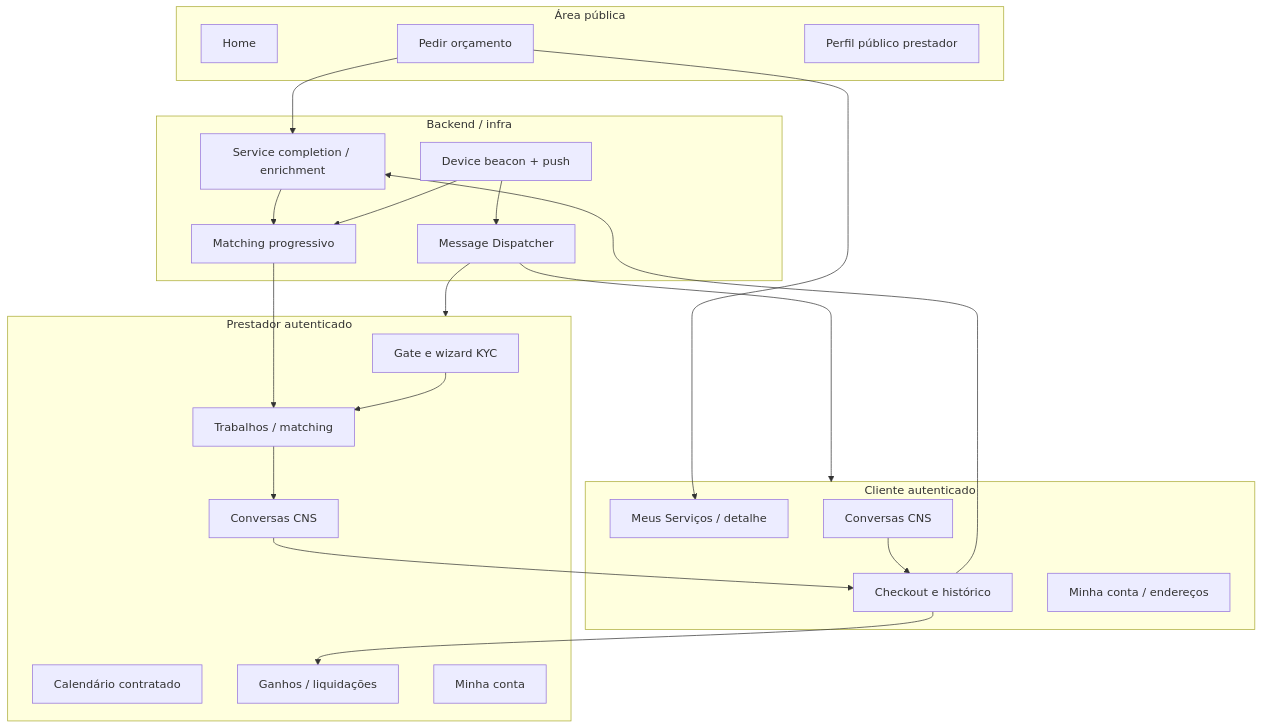
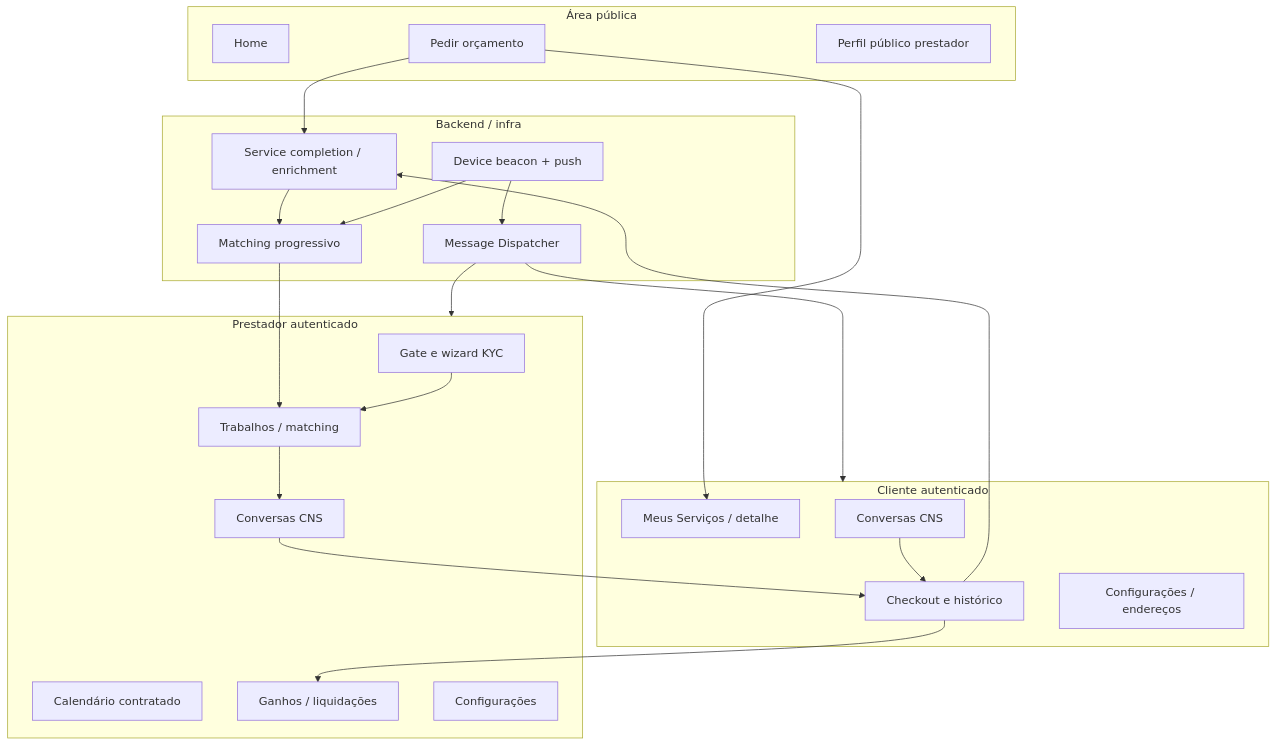
One commit to higorpo/renovi-orbit-test changed the diagram in docs/business/01-visao-geral-da-renovi.md. Above: the diagram before and after it, drawn with Mermaid. The commit also changed other lines of this file and 195 other files, not shown here.

````diff
--- a/docs/business/01-visao-geral-da-renovi.md
+++ b/docs/business/01-visao-geral-da-renovi.md
@@ -13,46 +13,46 @@
 ```mermaid
 flowchart TB
   subgraph Publico["Área pública"]
     Home[Home]
     RQ[Pedir orçamento]
     PP[Perfil público prestador]
   end
 
   subgraph Cliente["Cliente autenticado"]
     MS[Meus Serviços / detalhe]
     CH_C[Conversas CNS]
     PAY_C[Checkout e histórico]
-    ACC_C[Minha conta / endereços]
+    ACC_C[Configurações / endereços]
   end
 
   subgraph Prestador["Prestador autenticado"]
     KYC[Gate e wizard KYC]
     JOBS[Trabalhos / matching]
     CH_P[Conversas CNS]
     CAL[Calendário contratado]
     EARN[Ganhos / liquidações]
-    ACC_P[Minha conta]
+    ACC_P[Configurações]
   end
 
   subgraph Backend["Backend / infra"]
     MATCH[Matching progressivo]
     SC[Service completion / enrichment]
     MMD[Message Dispatcher]
     BEACON[Device beacon + push]
   end
 
   RQ --> MS
   RQ --> SC
   SC --> MATCH
   MATCH --> JOBS
   JOBS --> CH_P
   CH_C --> PAY_C
   CH_P --> PAY_C
   PAY_C --> SC
   PAY_C --> EARN
   BEACON --> MATCH
   BEACON --> MMD
   MMD --> Cliente
   MMD --> Prestador
   KYC --> JOBS
 ```
````
